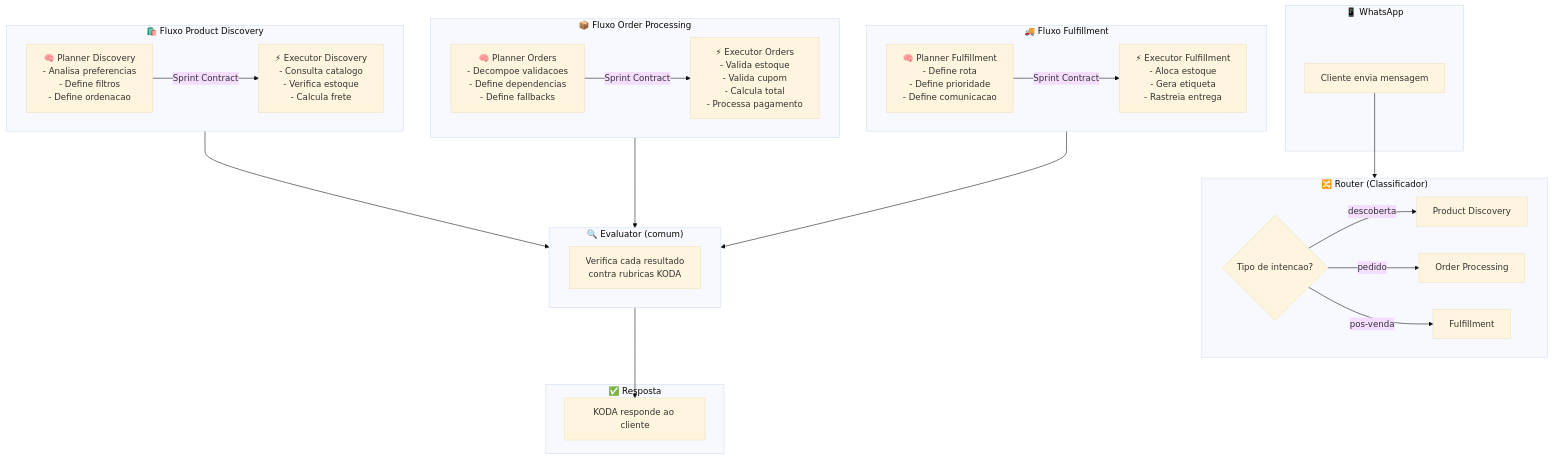
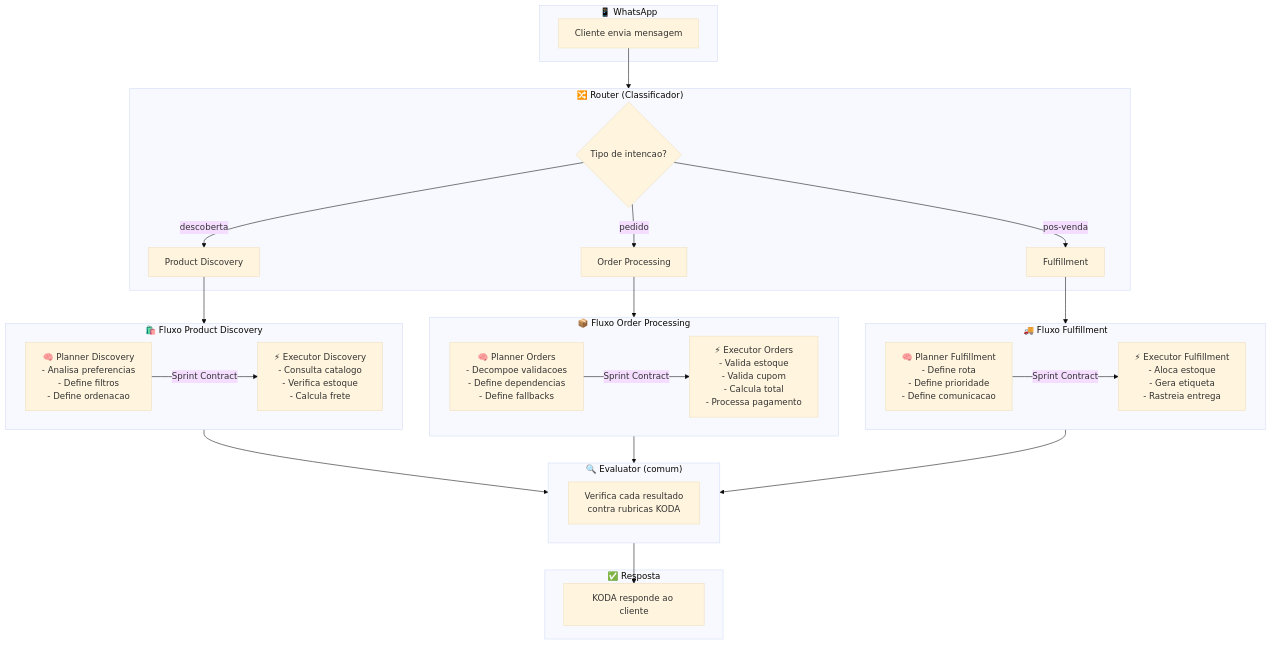
The third of 3 diagrams in curriculum/05-core-concepts/02-planning-execution-separation.md (pavani06/long-running-agents), drawn with Mermaid (base theme) before and after one commit. The commit also changed other lines of this file, not shown here.

````diff
--- a/curriculum/05-core-concepts/02-planning-execution-separation.md
+++ b/curriculum/05-core-concepts/02-planning-execution-separation.md
@@ -1159,45 +1160,48 @@
 ```mermaid
 flowchart TB
     subgraph INPUT["📱 WhatsApp"]
         CLIENT["Cliente envia mensagem"]
     end
 
     subgraph ROUTER["🔀 Router (Classificador)"]
         R1{"Tipo de intencao?"}
         R1 -->|"descoberta"| PD["Product Discovery"]
         R1 -->|"pedido"| OP["Order Processing"]
         R1 -->|"pos-venda"| FF["Fulfillment"]
     end
 
     subgraph PD_FLOW["🛍️ Fluxo Product Discovery"]
         PD_P["🧠 Planner Discovery\n- Analisa preferencias\n- Define filtros\n- Define ordenacao"]
         PD_E["⚡ Executor Discovery\n- Consulta catalogo\n- Verifica estoque\n- Calcula frete"]
         PD_P -->|"Sprint Contract"| PD_E
     end
 
     subgraph OP_FLOW["📦 Fluxo Order Processing"]
         OP_P["🧠 Planner Orders\n- Decompoe validacoes\n- Define dependencias\n- Define fallbacks"]
         OP_E["⚡ Executor Orders\n- Valida estoque\n- Valida cupom\n- Calcula total\n- Processa pagamento"]
         OP_P -->|"Sprint Contract"| OP_E
     end
 
     subgraph FF_FLOW["🚚 Fluxo Fulfillment"]
         FF_P["🧠 Planner Fulfillment\n- Define rota\n- Define prioridade\n- Define comunicacao"]
         FF_E["⚡ Executor Fulfillment\n- Aloca estoque\n- Gera etiqueta\n- Rastreia entrega"]
         FF_P -->|"Sprint Contract"| FF_E
     end
 
     subgraph EVAL["🔍 Evaluator (comum)"]
         EV["Verifica cada resultado\ncontra rubricas KODA"]
     end
 
     subgraph OUTPUT["✅ Resposta"]
         RESP["KODA responde ao cliente"]
     end
 
     CLIENT --> ROUTER
+    PD --> PD_FLOW
+    OP --> OP_FLOW
+    FF --> FF_FLOW
     PD_FLOW --> EVAL
     OP_FLOW --> EVAL
     FF_FLOW --> EVAL
     EVAL --> RESP
 ```
````
